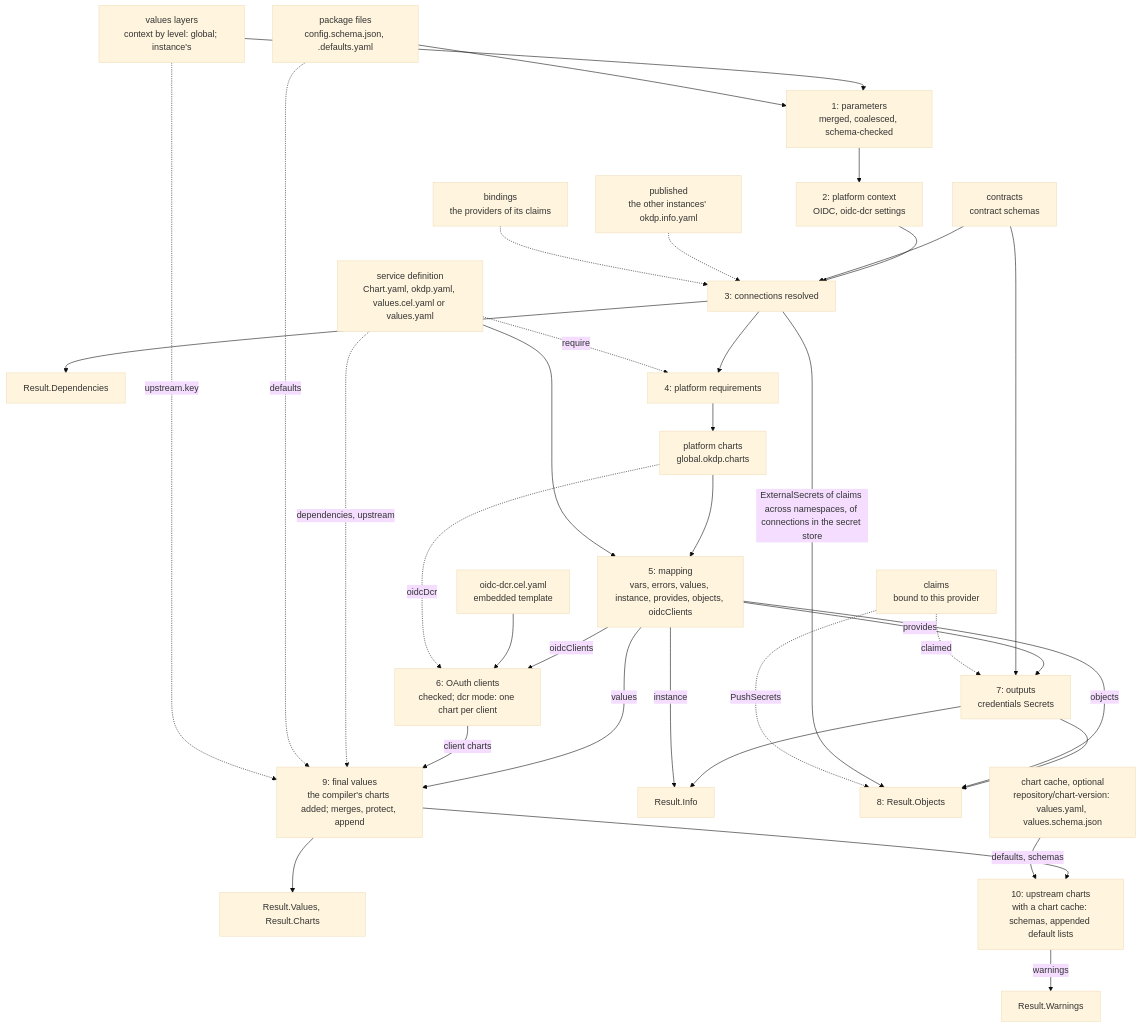
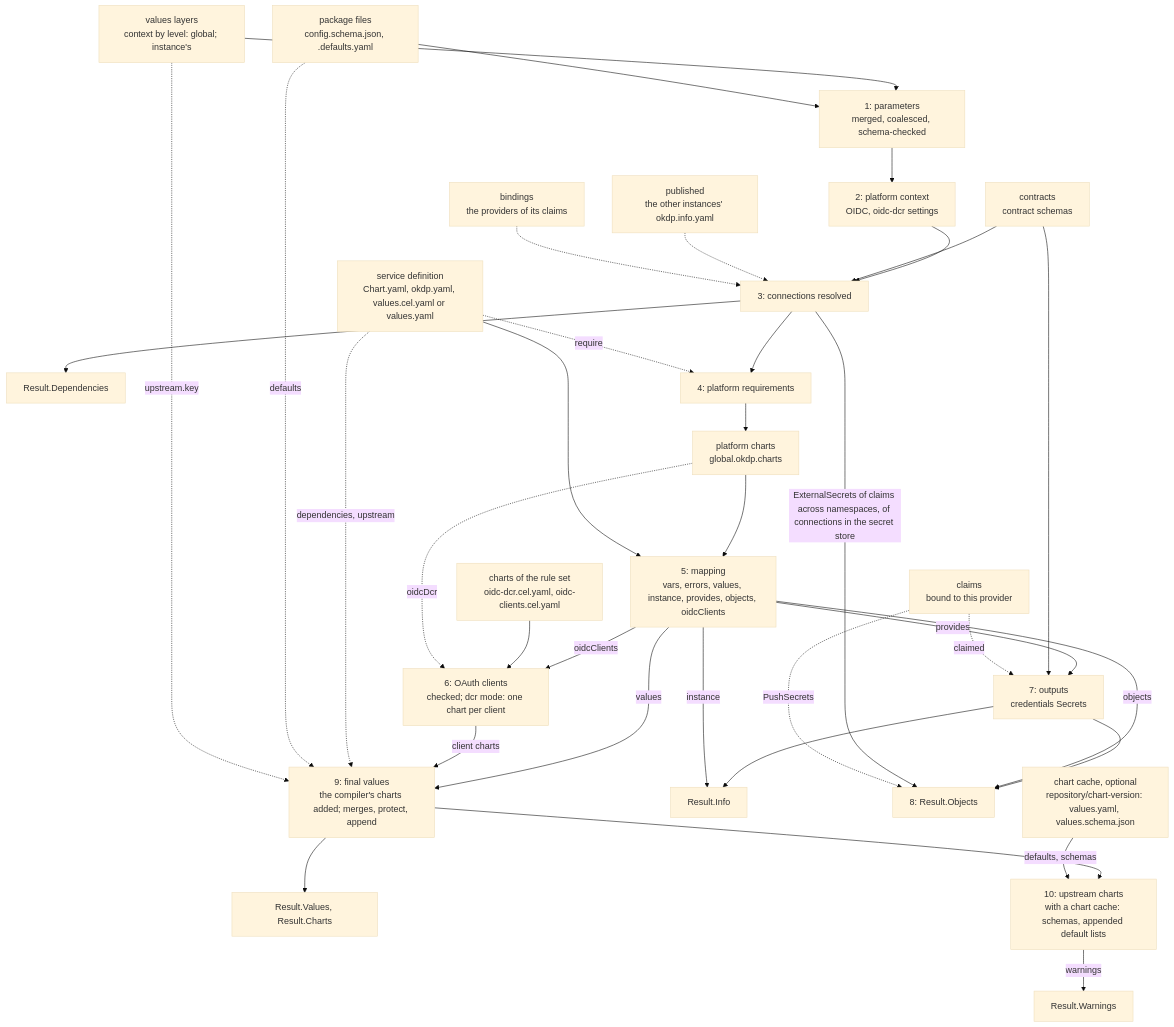
The diagram in docs/00_architecture.md (OKDP/okdp-compiler), drawn with Mermaid (base theme) before and after one commit. The commit also changed other lines of this file and 12 other files, not shown here.

````diff
--- a/docs/00_architecture.md
+++ b/docs/00_architecture.md
@@ -60,47 +71,47 @@
 ```mermaid
 flowchart TD
   def["service definition<br/>Chart.yaml, okdp.yaml, values.cel.yaml or values.yaml"]
   pkg["package files<br/>config.schema.json, <key>.defaults.yaml"]
   layers["values layers<br/>context by level: global; instance's"]
   contracts["contracts<br/>contract schemas"]
   published["published<br/>the other instances' okdp.info.yaml"]
   bindings["bindings<br/>the providers of its claims"]
   claims["claims<br/>bound to this provider"]
   cache["chart cache, optional<br/>repository/chart-version: values.yaml, values.schema.json"]
-  tmpl["oidc-dcr.cel.yaml<br/>embedded template"]
+  tmpl["charts of the rule set<br/>oidc-dcr.cel.yaml, oidc-clients.cel.yaml"]
 
   layers --> s1["1: parameters<br/>merged, coalesced, schema-checked"]
   pkg --> s1
   s1 --> s2["2: platform context<br/>OIDC, oidc-dcr settings"]
   s2 --> s3["3: connections resolved"]
   contracts --> s3
   published -.-> s3
   bindings -.-> s3
   s3 --> deps["Result.Dependencies"]
   s3 --> s4["4: platform requirements"]
   def -. "require" .-> s4
   s4 --> pc["platform charts<br/>global.okdp.charts"]
   pc --> s5["5: mapping<br/>vars, errors, values, instance, provides, objects, oidcClients"]
   def --> s5
   s5 -- oidcClients --> s6["6: OAuth clients<br/>checked; dcr mode: one chart per client"]
   tmpl --> s6
   pc -. oidcDcr .-> s6
   s5 -- provides --> s7["7: outputs<br/>credentials Secrets"]
   contracts --> s7
   claims -. "claimed" .-> s7
   s7 --> inst["Result.Info"]
   s5 -- instance --> inst
   s7 --> s8["8: Result.Objects"]
   s5 -- objects --> s8
   s3 -- "ExternalSecrets of claims across namespaces, of connections in the secret store" --> s8
   claims -. "PushSecrets" .-> s8
   s5 -- values --> s9["9: final values<br/>the compiler's charts added; merges, protect, append"]
   s6 -- "client charts" --> s9
   def -. "dependencies, upstream" .-> s9
   pkg -. defaults .-> s9
   layers -. "upstream.key" .-> s9
   s9 --> vals["Result.Values, Result.Charts"]
   s9 --> s10["10: upstream charts<br/>with a chart cache: schemas, appended default lists"]
   cache -- "defaults, schemas" --> s10
   s10 -- warnings --> warn["Result.Warnings"]
 ```
````
